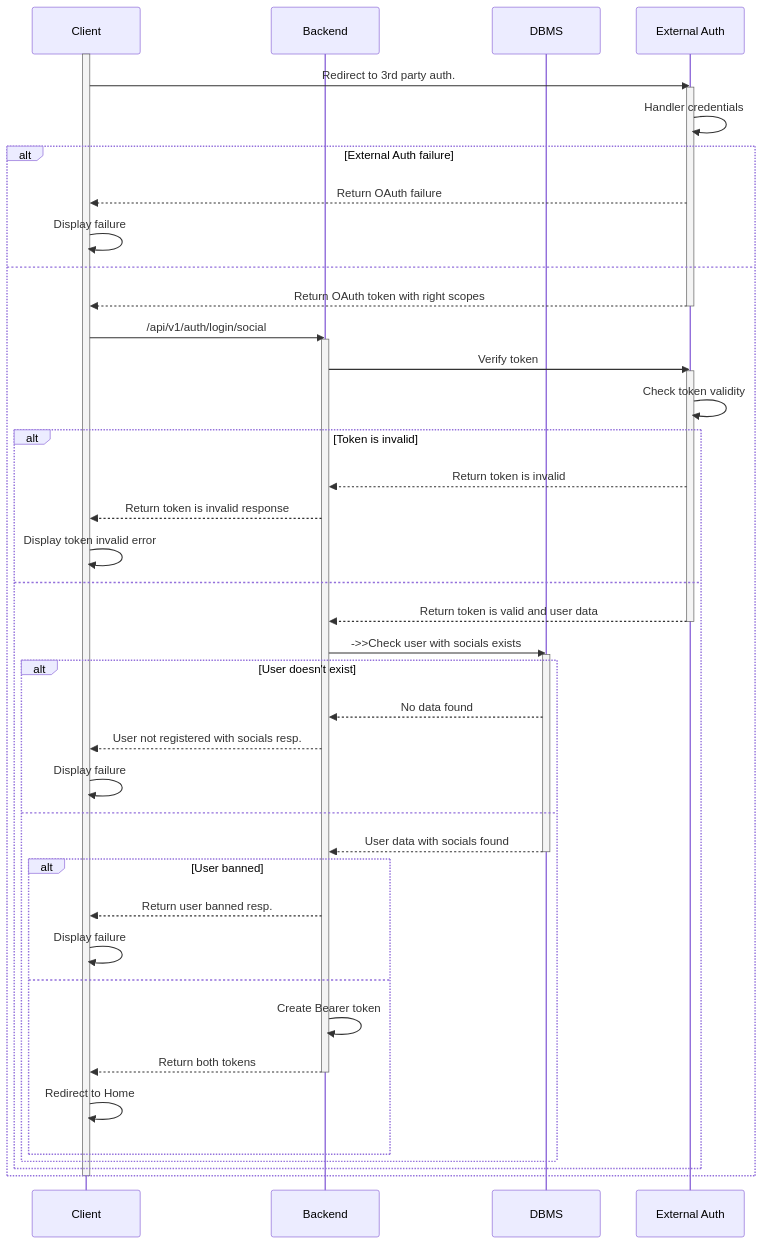
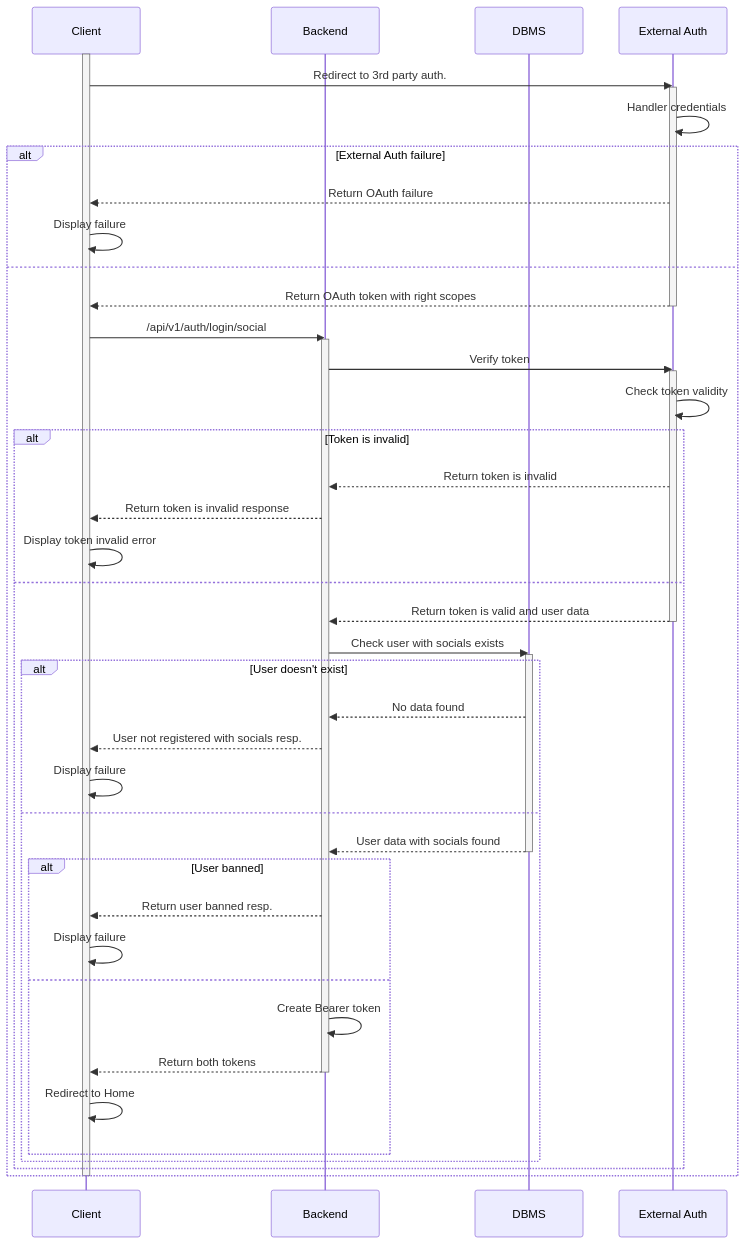
One commit to hndregjoni/codejudger-team changed the diagram in diagrams/Sequence/LoginSocial.md. Above: the diagram before and after it, drawn with Mermaid. The commit also changed 1 other file, not shown here.

````diff
--- a/diagrams/Sequence/LoginSocial.md
+++ b/diagrams/Sequence/LoginSocial.md
@@ -1,52 +1,52 @@
 ```mermaid
 sequenceDiagram
     participant Client
     participant Backend
     participant DBMS
     participant External Auth
     activate Client
     Client->>External Auth: Redirect to 3rd party auth.
     activate External Auth
     External Auth->>External Auth: Handler credentials
     alt External Auth failure
         External Auth-->>Client: Return OAuth failure
         Client->>Client: Display failure
     else
         External Auth-->>Client: Return OAuth token with right scopes
         deactivate External Auth
         Client->>Backend: /api/v1/auth/login/social
         activate Backend
         Backend->>External Auth: Verify token
         activate External Auth
         External Auth->>External Auth: Check token validity
         alt Token is invalid
             External Auth-->>Backend: Return token is invalid
             Backend-->>Client: Return token is invalid response
             Client->>Client: Display token invalid error
         else
             External Auth-->>Backend: Return token is valid and user data
             deactivate External Auth
-            Backend->>DBMS: ->>Check user with socials exists
+            Backend->>DBMS: Check user with socials exists
             activate DBMS
             alt User doesn't exist
                 DBMS-->>Backend: No data found
                 Backend-->>Client: User not registered with socials resp.
                 Client->>Client: Display failure
             else
                 DBMS-->>Backend: User data with socials found
                 deactivate DBMS
                 alt User banned
                     Backend-->>Client: Return user banned resp.
                     Client->>Client: Display failure
                 else
                     Backend->>Backend: Create Bearer token
                     Backend-->>Client: Return both tokens
                     deactivate Backend
                     Client->>Client: Redirect to Home
                 end
             end
         end
     end
 
     deactivate Client
 ```
````
